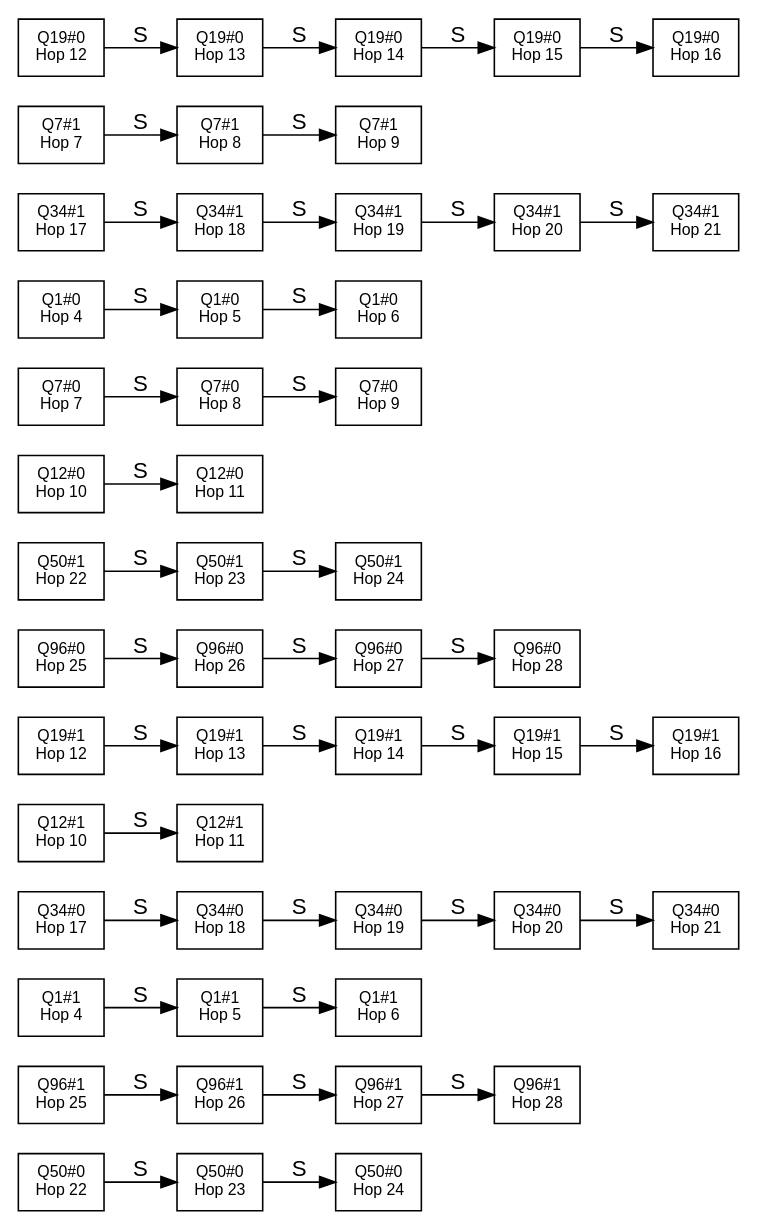
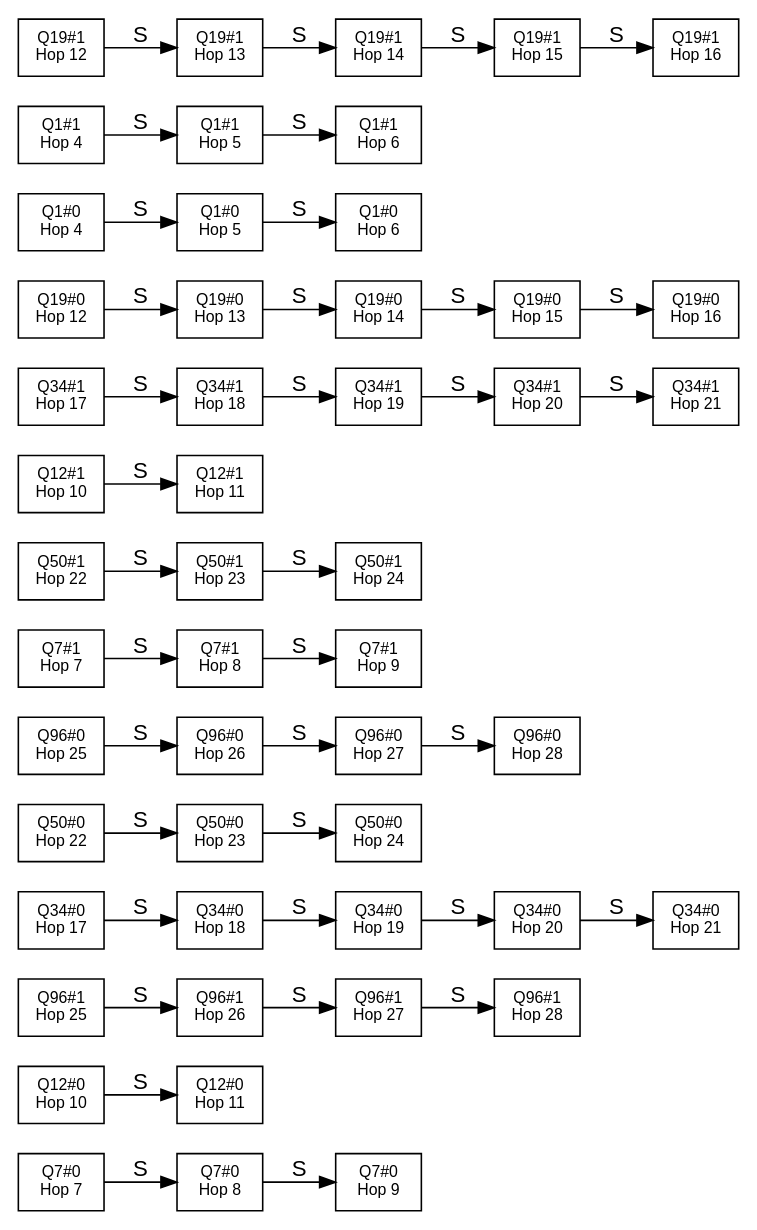
Before and after one commit to gsoosk/benchbase-transact: the diagram in results/tpcds/sc_graph_combined.dot, drawn with Graphviz. The commit also changed 1502 other files, not shown here.

```diff
--- a/results/tpcds/sc_graph_combined.dot
+++ b/results/tpcds/sc_graph_combined.dot
@@ -1,91 +1,91 @@
 digraph CombinedSCGraph {
   graph [rankdir=LR];
   node  [shape=record, fontsize=10, fontname=Helvetica];
   edge  [fontname=Helvetica];
-  cv0 [label="Q50#0\nHop 22\n"];
-  cv1 [label="Q96#1\nHop 25\n"];
-  cv2 [label="Q1#1\nHop 4\n"];
-  cv3 [label="Q96#1\nHop 26\n"];
-  cv4 [label="Q96#1\nHop 27\n"];
-  cv5 [label="Q34#0\nHop 17\n"];
-  cv6 [label="Q1#1\nHop 5\n"];
-  cv7 [label="Q96#1\nHop 28\n"];
-  cv8 [label="Q12#1\nHop 10\n"];
-  cv9 [label="Q12#1\nHop 11\n"];
-  cv10 [label="Q19#1\nHop 12\n"];
-  cv11 [label="Q19#1\nHop 13\n"];
-  cv12 [label="Q19#1\nHop 14\n"];
-  cv13 [label="Q19#1\nHop 15\n"];
-  cv14 [label="Q96#0\nHop 25\n"];
-  cv15 [label="Q96#0\nHop 26\n"];
-  cv16 [label="Q50#1\nHop 22\n"];
-  cv17 [label="Q50#1\nHop 23\n"];
-  cv18 [label="Q50#1\nHop 24\n"];
-  cv19 [label="Q1#1\nHop 6\n"];
-  cv20 [label="Q12#0\nHop 10\n"];
-  cv21 [label="Q12#0\nHop 11\n"];
-  cv22 [label="Q19#1\nHop 16\n"];
-  cv23 [label="Q7#0\nHop 7\n"];
-  cv24 [label="Q7#0\nHop 8\n"];
-  cv25 [label="Q7#0\nHop 9\n"];
-  cv26 [label="Q1#0\nHop 4\n"];
-  cv27 [label="Q1#0\nHop 5\n"];
-  cv28 [label="Q1#0\nHop 6\n"];
-  cv29 [label="Q96#0\nHop 27\n"];
-  cv30 [label="Q96#0\nHop 28\n"];
-  cv31 [label="Q34#1\nHop 17\n"];
-  cv32 [label="Q34#1\nHop 18\n"];
-  cv33 [label="Q34#1\nHop 19\n"];
-  cv34 [label="Q34#1\nHop 20\n"];
-  cv35 [label="Q34#1\nHop 21\n"];
-  cv36 [label="Q7#1\nHop 7\n"];
-  cv37 [label="Q7#1\nHop 8\n"];
-  cv38 [label="Q7#1\nHop 9\n"];
-  cv39 [label="Q34#0\nHop 18\n"];
-  cv40 [label="Q34#0\nHop 19\n"];
-  cv41 [label="Q34#0\nHop 20\n"];
-  cv42 [label="Q34#0\nHop 21\n"];
-  cv43 [label="Q19#0\nHop 12\n"];
-  cv44 [label="Q19#0\nHop 13\n"];
-  cv45 [label="Q19#0\nHop 14\n"];
-  cv46 [label="Q19#0\nHop 15\n"];
-  cv47 [label="Q19#0\nHop 16\n"];
-  cv48 [label="Q50#0\nHop 23\n"];
-  cv49 [label="Q50#0\nHop 24\n"];
-  cv0 -> cv48 [color=black, label="S"];
-  cv1 -> cv3 [color=black, label="S"];
-  cv2 -> cv6 [color=black, label="S"];
-  cv3 -> cv4 [color=black, label="S"];
-  cv4 -> cv7 [color=black, label="S"];
-  cv5 -> cv39 [color=black, label="S"];
-  cv6 -> cv19 [color=black, label="S"];
+  cv0 [label="Q7#0\nHop 7\n"];
+  cv1 [label="Q12#0\nHop 10\n"];
+  cv2 [label="Q96#1\nHop 25\n"];
+  cv3 [label="Q34#0\nHop 17\n"];
+  cv4 [label="Q50#0\nHop 22\n"];
+  cv5 [label="Q50#0\nHop 23\n"];
+  cv6 [label="Q96#0\nHop 25\n"];
+  cv7 [label="Q7#1\nHop 7\n"];
+  cv8 [label="Q7#1\nHop 8\n"];
+  cv9 [label="Q7#1\nHop 9\n"];
+  cv10 [label="Q50#1\nHop 22\n"];
+  cv11 [label="Q50#0\nHop 24\n"];
+  cv12 [label="Q12#1\nHop 10\n"];
+  cv13 [label="Q12#1\nHop 11\n"];
+  cv14 [label="Q34#1\nHop 17\n"];
+  cv15 [label="Q34#1\nHop 18\n"];
+  cv16 [label="Q34#1\nHop 19\n"];
+  cv17 [label="Q34#1\nHop 20\n"];
+  cv18 [label="Q34#1\nHop 21\n"];
+  cv19 [label="Q50#1\nHop 23\n"];
+  cv20 [label="Q50#1\nHop 24\n"];
+  cv21 [label="Q19#0\nHop 12\n"];
+  cv22 [label="Q19#0\nHop 13\n"];
+  cv23 [label="Q12#0\nHop 11\n"];
+  cv24 [label="Q1#0\nHop 4\n"];
+  cv25 [label="Q1#0\nHop 5\n"];
+  cv26 [label="Q1#0\nHop 6\n"];
+  cv27 [label="Q96#0\nHop 26\n"];
+  cv28 [label="Q96#0\nHop 27\n"];
+  cv29 [label="Q96#0\nHop 28\n"];
+  cv30 [label="Q1#1\nHop 4\n"];
+  cv31 [label="Q1#1\nHop 5\n"];
+  cv32 [label="Q1#1\nHop 6\n"];
+  cv33 [label="Q34#0\nHop 18\n"];
+  cv34 [label="Q34#0\nHop 19\n"];
+  cv35 [label="Q19#1\nHop 12\n"];
+  cv36 [label="Q19#1\nHop 13\n"];
+  cv37 [label="Q19#1\nHop 14\n"];
+  cv38 [label="Q19#1\nHop 15\n"];
+  cv39 [label="Q19#1\nHop 16\n"];
+  cv40 [label="Q7#0\nHop 8\n"];
+  cv41 [label="Q7#0\nHop 9\n"];
+  cv42 [label="Q34#0\nHop 20\n"];
+  cv43 [label="Q34#0\nHop 21\n"];
+  cv44 [label="Q96#1\nHop 26\n"];
+  cv45 [label="Q96#1\nHop 27\n"];
+  cv46 [label="Q96#1\nHop 28\n"];
+  cv47 [label="Q19#0\nHop 14\n"];
+  cv48 [label="Q19#0\nHop 15\n"];
+  cv49 [label="Q19#0\nHop 16\n"];
+  cv0 -> cv40 [color=black, label="S"];
+  cv1 -> cv23 [color=black, label="S"];
+  cv2 -> cv44 [color=black, label="S"];
+  cv3 -> cv33 [color=black, label="S"];
+  cv4 -> cv5 [color=black, label="S"];
+  cv5 -> cv11 [color=black, label="S"];
+  cv6 -> cv27 [color=black, label="S"];
+  cv7 -> cv8 [color=black, label="S"];
   cv8 -> cv9 [color=black, label="S"];
-  cv10 -> cv11 [color=black, label="S"];
-  cv11 -> cv12 [color=black, label="S"];
+  cv10 -> cv19 [color=black, label="S"];
   cv12 -> cv13 [color=black, label="S"];
-  cv13 -> cv22 [color=black, label="S"];
   cv14 -> cv15 [color=black, label="S"];
-  cv15 -> cv29 [color=black, label="S"];
+  cv15 -> cv16 [color=black, label="S"];
   cv16 -> cv17 [color=black, label="S"];
   cv17 -> cv18 [color=black, label="S"];
-  cv20 -> cv21 [color=black, label="S"];
-  cv23 -> cv24 [color=black, label="S"];
+  cv19 -> cv20 [color=black, label="S"];
+  cv21 -> cv22 [color=black, label="S"];
+  cv22 -> cv47 [color=black, label="S"];
   cv24 -> cv25 [color=black, label="S"];
-  cv26 -> cv27 [color=black, label="S"];
+  cv25 -> cv26 [color=black, label="S"];
   cv27 -> cv28 [color=black, label="S"];
-  cv29 -> cv30 [color=black, label="S"];
+  cv28 -> cv29 [color=black, label="S"];
+  cv30 -> cv31 [color=black, label="S"];
   cv31 -> cv32 [color=black, label="S"];
-  cv32 -> cv33 [color=black, label="S"];
   cv33 -> cv34 [color=black, label="S"];
-  cv34 -> cv35 [color=black, label="S"];
+  cv34 -> cv42 [color=black, label="S"];
+  cv35 -> cv36 [color=black, label="S"];
   cv36 -> cv37 [color=black, label="S"];
   cv37 -> cv38 [color=black, label="S"];
-  cv39 -> cv40 [color=black, label="S"];
+  cv38 -> cv39 [color=black, label="S"];
   cv40 -> cv41 [color=black, label="S"];
-  cv41 -> cv42 [color=black, label="S"];
-  cv43 -> cv44 [color=black, label="S"];
+  cv42 -> cv43 [color=black, label="S"];
   cv44 -> cv45 [color=black, label="S"];
   cv45 -> cv46 [color=black, label="S"];
-  cv46 -> cv47 [color=black, label="S"];
+  cv47 -> cv48 [color=black, label="S"];
   cv48 -> cv49 [color=black, label="S"];
 }
```
